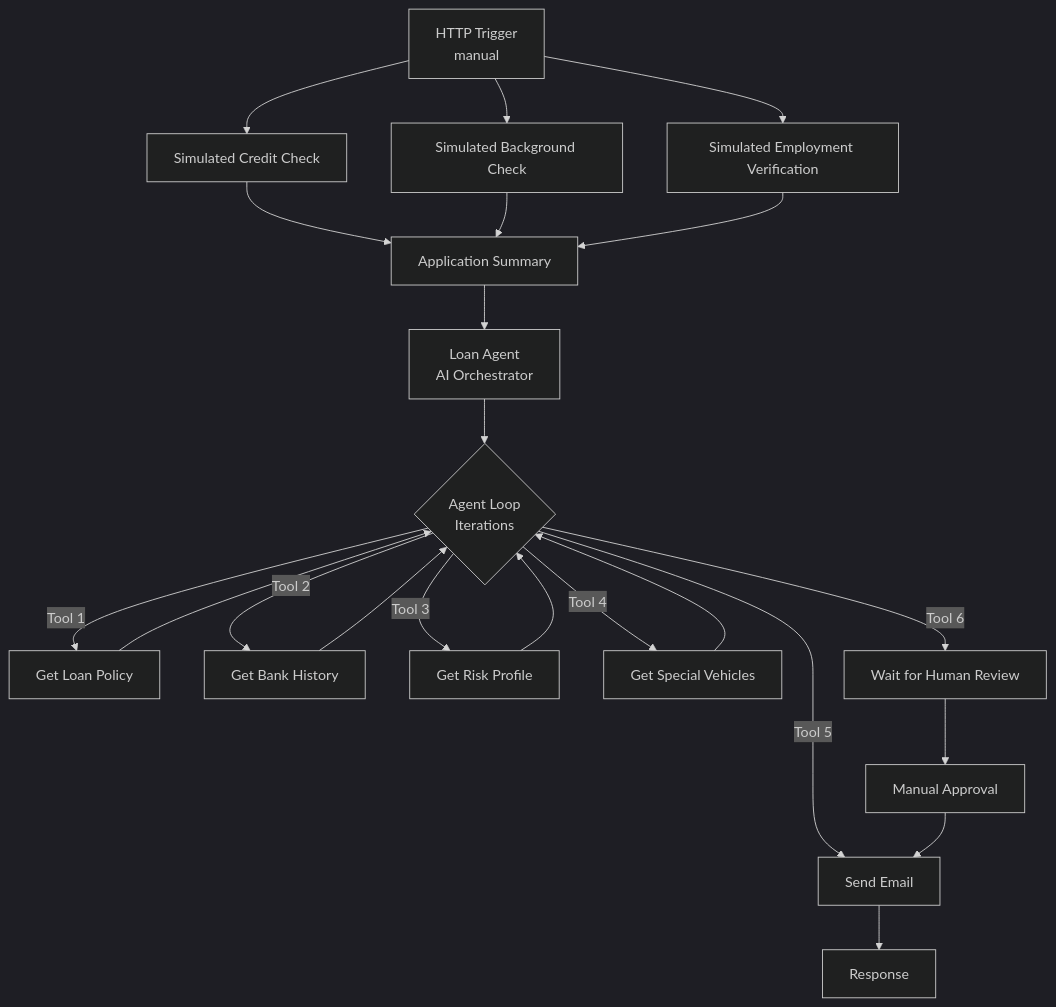
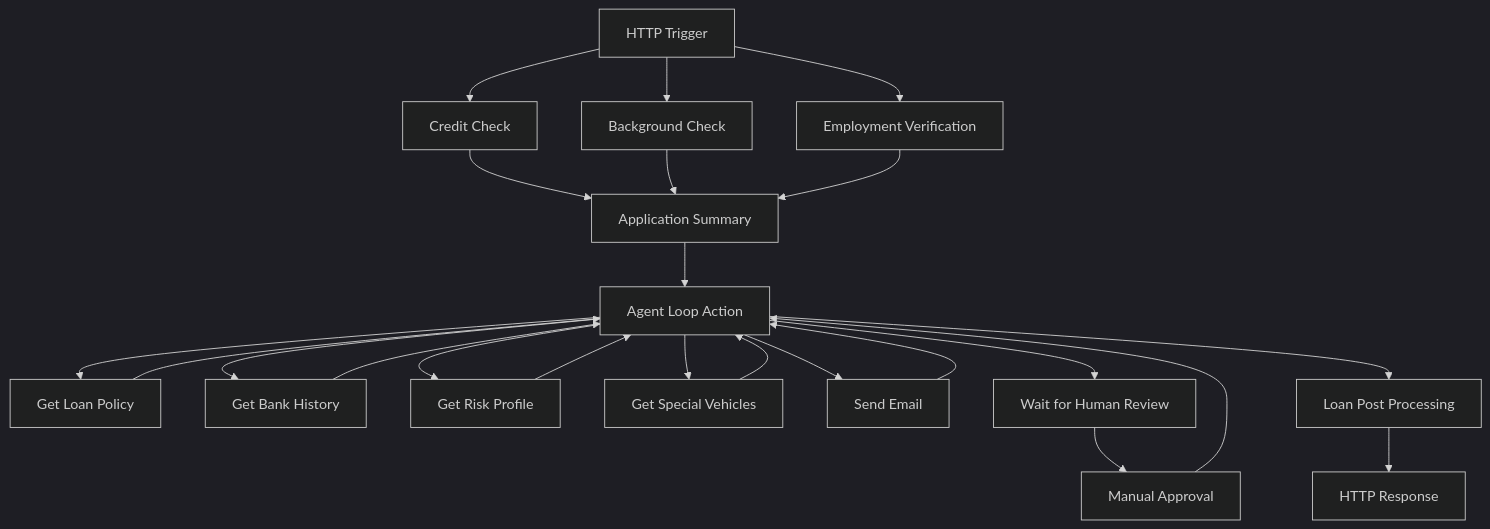
The diagram in samples/ai-loan-agent-sample/README.md (Azure/logicapps-labs), drawn with Mermaid (dark theme) before and after one commit. The commit also changed other lines of this file and 3 other files, not shown here.

Commit message:
Add HTTP response action to return agent decision

````diff
--- a/samples/ai-loan-agent-sample/README.md
+++ b/samples/ai-loan-agent-sample/README.md
@@ -205,27 +204,32 @@
 ```mermaid
 flowchart TD
-    A[HTTP Trigger<br/>manual] --> B[Simulated Credit Check]
-    A --> C[Simulated Background Check]
-    A --> D[Simulated Employment Verification]
+    A[HTTP Trigger]
+    A --> B[Credit Check]
+    A --> C[Background Check]
+    A --> D[Employment Verification]
+    
     B --> E[Application Summary]
     C --> E
     D --> E
-    E --> F[Loan Agent<br/>AI Orchestrator]
     
-    F --> G{Agent Loop<br/>Iterations}
+    E --> F[Agent Loop Action]
     
-    G -->|Tool 1| H[Get Loan Policy]
-    G -->|Tool 2| I[Get Bank History]
-    G -->|Tool 3| J[Get Risk Profile]
-    G -->|Tool 4| K[Get Special Vehicles]
-    G -->|Tool 5| L[Send Email]
-    G -->|Tool 6| M[Wait for Human Review]
+    F --> G[Get Loan Policy]
+    F --> H[Get Bank History]
+    F --> I[Get Risk Profile]
+    F --> J[Get Special Vehicles]
+    F --> K[Send Email]
+    F --> L[Wait for Human Review]
     
-    H --> G
-    I --> G
-    J --> G
-    K --> G
-    L --> N[Response]
-    M --> O[Manual Approval]
-    O --> L
+    L --> M[Manual Approval]
+    M --> F
+    
+    G --> F
+    H --> F
+    I --> F
+    J --> F
+    K --> F
+    
+    F --> N[Loan Post Processing]
+    N --> O[HTTP Response]
 ```
````
